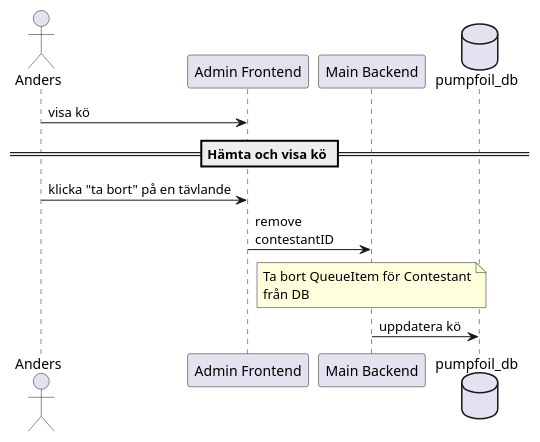
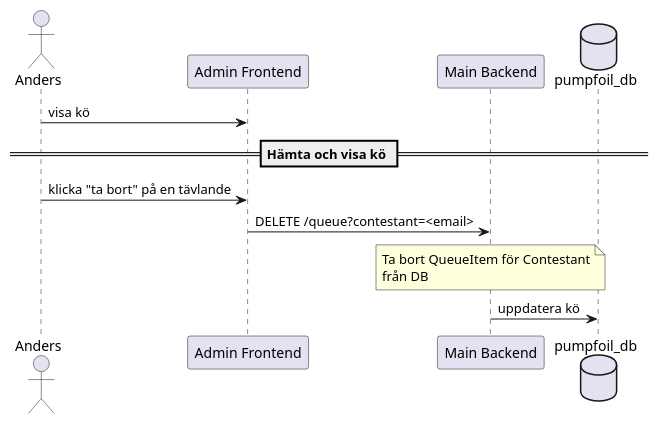
Before and after one commit to CAG-Contactor/pump-foil-game: the eighth of 8 diagrams in doc/SPEC.md, drawn with PlantUML. The commit also changed other lines of this file and 1 other file, not shown here.

````diff
--- a/doc/SPEC.md
+++ b/doc/SPEC.md
@@ -261,18 +276,18 @@
 ```plantuml
 actor Anders
 participant "Admin Frontend" as adminfe
 participant "Main Backend" as mainbe
 database pumpfoil_db
 
 Anders -> adminfe: visa kö
 == Hämta och visa kö ==
 Anders -> adminfe: klicka "ta bort" på en tävlande
-adminfe -> mainbe: remove\ncontestantID
+adminfe -> mainbe: DELETE /queue?contestant=<email>
 note over mainbe
   Ta bort QueueItem för Contestant
   från DB
 endnote
 mainbe -> pumpfoil_db: uppdatera kö      
 
 
 ```
````
